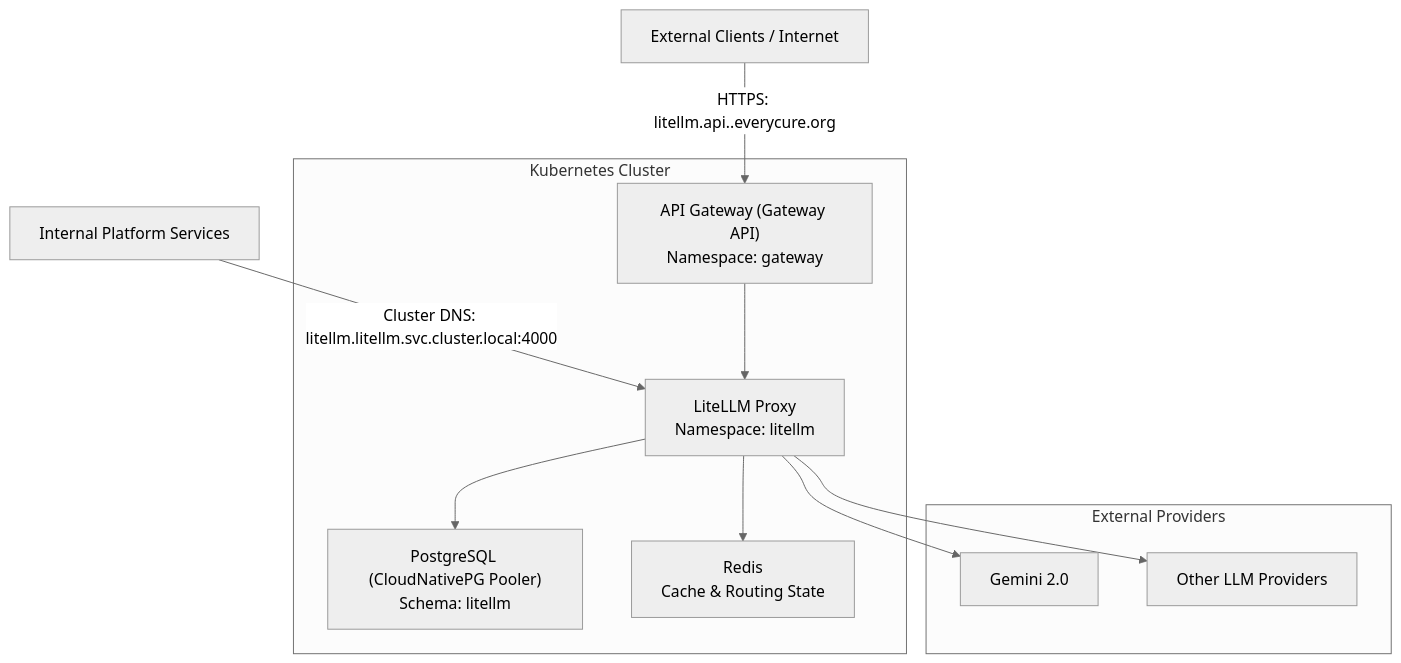
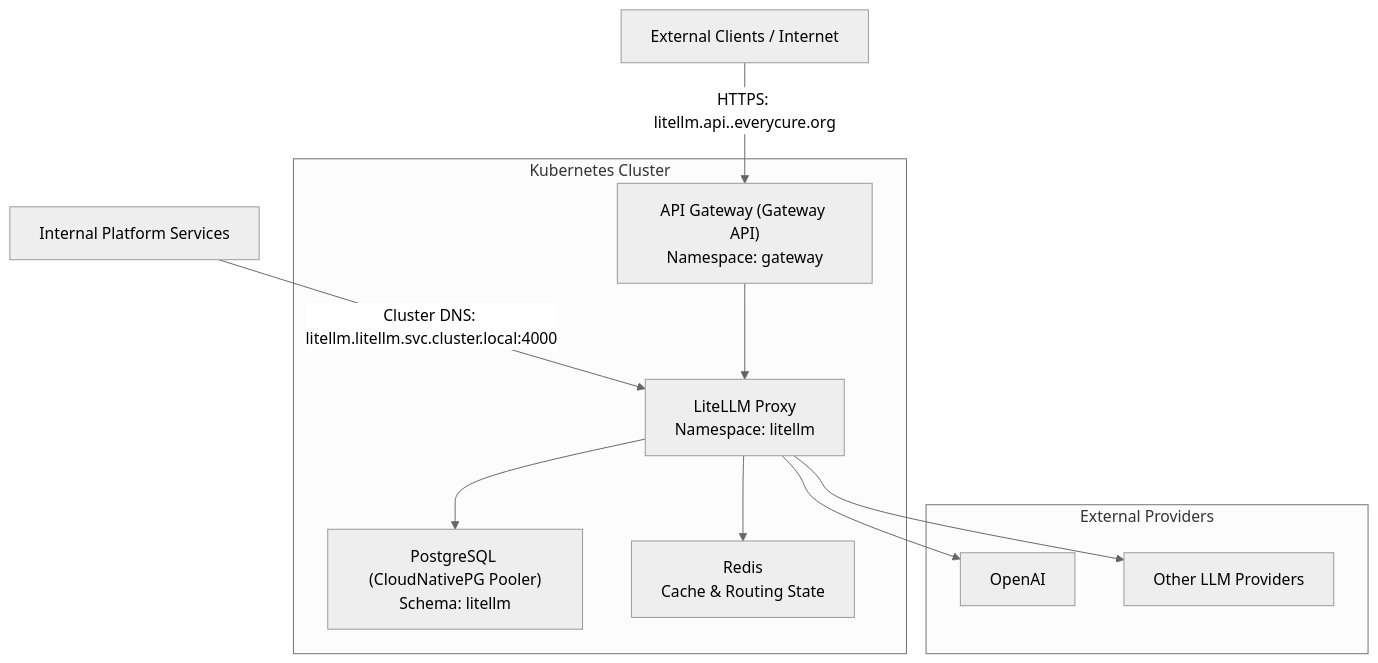
One commit to everycure-org/matrix changed the diagram in docs/src/infrastructure/architecture_decision_records/deploying_LiteLLM.md. Above: the diagram before and after it, drawn with Mermaid (neutral theme).

Commit message:
Update architecture decision record to replace Gemini 2.0 reference with OpenAI in external providers section

````diff
--- a/docs/src/infrastructure/architecture_decision_records/deploying_LiteLLM.md
+++ b/docs/src/infrastructure/architecture_decision_records/deploying_LiteLLM.md
@@ -150,33 +150,33 @@
 ```mermaid
 %% Diagram shows dual access paths (external via HTTPS hostname + internal via cluster DNS)
 graph TD
    %% External & Internal Clients
    EXT[External Clients / Internet]
    INT[Internal Platform Services]
 
    %% Subgraphs
    subgraph "Kubernetes Cluster"
       GW["API Gateway (Gateway API)<br/>Namespace: gateway"]
       C[LiteLLM Proxy<br/>Namespace: litellm]
       D["PostgreSQL (CloudNativePG Pooler)<br/>Schema: litellm"]
       E[Redis<br/>Cache & Routing State]
    end
 
    subgraph "External Providers"
-      J[Gemini 2.0]
+      J[OpenAI]
       K[Other LLM Providers]
    end
 
    %% Access Paths
    EXT -->|HTTPS: litellm.api.<env>.everycure.org| GW
    INT -->|Cluster DNS: litellm.litellm.svc.cluster.local:4000| C
    GW --> C
 
    %% Internal Dependencies
    C --> D
    C --> E
 
    %% Outbound to Providers
    C --> J
    C --> K
 ```
````
